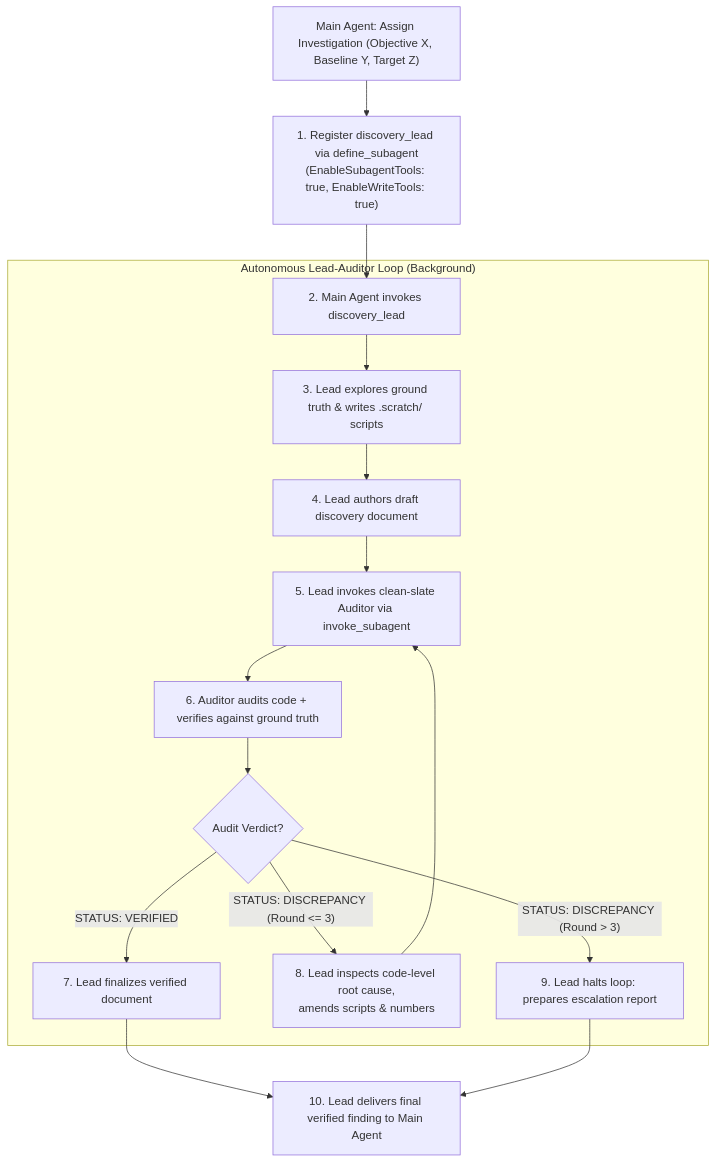
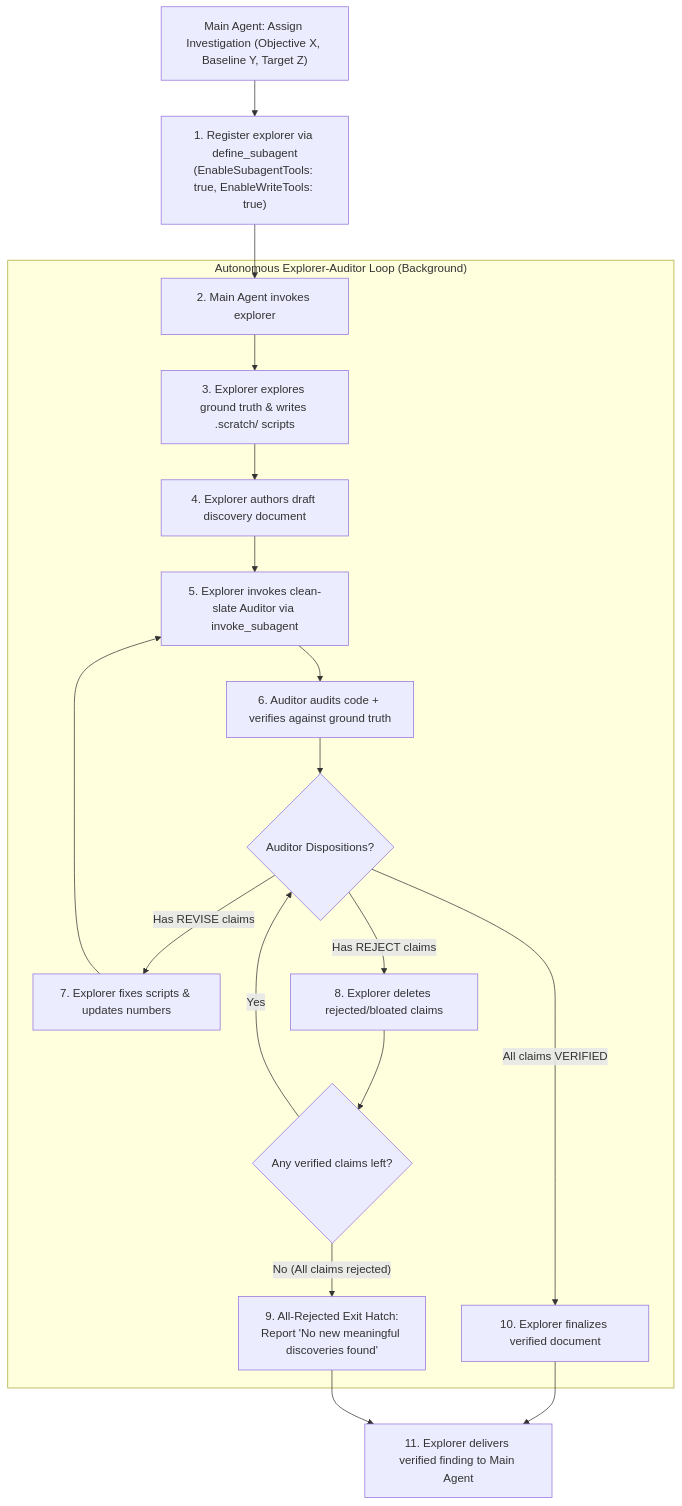
Before and after one commit to loerei/myskills: the diagram in engineering/empirical-discovery-loop/SKILL.md, drawn with Mermaid. The commit also changed other lines of this file, not shown here.

Commit message:
feat(empirical-discovery-loop): restore Explorer identity, drop round cap, and enforce 3-way auditor dispositions with anti-bloat pruning

````diff
--- a/engineering/empirical-discovery-loop/SKILL.md
+++ b/engineering/empirical-discovery-loop/SKILL.md
@@ -23,20 +26,23 @@
 ```mermaid
 flowchart TD
-    Start["Main Agent: Assign Investigation (Objective X, Baseline Y, Target Z)"] --> Register["1. Register discovery_lead via define_subagent<br/>(EnableSubagentTools: true, EnableWriteTools: true)"]
-    Register --> SpawnLead["2. Main Agent invokes discovery_lead"]
+    Start["Main Agent: Assign Investigation (Objective X, Baseline Y, Target Z)"] --> Register["1. Register explorer via define_subagent<br/>(EnableSubagentTools: true, EnableWriteTools: true)"]
+    Register --> SpawnExplorer["2. Main Agent invokes explorer"]
     
-    subgraph LEAD_LOOP["Autonomous Lead-Auditor Loop (Background)"]
-        SpawnLead --> Explore["3. Lead explores ground truth & writes .scratch/ scripts"]
-        Explore --> Draft["4. Lead authors draft discovery document"]
-        Draft --> SpawnAuditor["5. Lead invokes clean-slate Auditor via invoke_subagent"]
+    subgraph LOOP["Autonomous Explorer-Auditor Loop (Background)"]
+        SpawnExplorer --> Explore["3. Explorer explores ground truth & writes .scratch/ scripts"]
+        Explore --> Draft["4. Explorer authors draft discovery document"]
+        Draft --> SpawnAuditor["5. Explorer invokes clean-slate Auditor via invoke_subagent"]
         SpawnAuditor --> AuditExec["6. Auditor audits code + verifies against ground truth"]
-        AuditExec --> AuditVerdict{"Audit Verdict?"}
+        AuditExec --> AuditVerdict{"Auditor Dispositions?"}
         
-        AuditVerdict -->|"STATUS: VERIFIED"| FinalDoc["7. Lead finalizes verified document"]
-        AuditVerdict -->|"STATUS: DISCREPANCY (Round <= 3)"| Amend["8. Lead inspects code-level root cause,<br/>amends scripts & numbers"] --> SpawnAuditor
-        AuditVerdict -->|"STATUS: DISCREPANCY (Round > 3)"| Escalate["9. Lead halts loop: prepares escalation report"]
+        AuditVerdict -->|"Has REVISE claims"| Amend["7. Explorer fixes scripts & updates numbers"] --> SpawnAuditor
+        AuditVerdict -->|"Has REJECT claims"| Prune["8. Explorer deletes rejected/bloated claims"] --> CheckRemaining{"Any verified claims left?"}
+        
+        CheckRemaining -->|"Yes"| AuditVerdict
+        CheckRemaining -->|"No (All claims rejected)"| EmptyReport["9. All-Rejected Exit Hatch:<br/>Report 'No new meaningful discoveries found'"]
+        AuditVerdict -->|"All claims VERIFIED"| FinalDoc["10. Explorer finalizes verified document"]
     end
     
-    FinalDoc --> ReportMain["10. Lead delivers final verified finding to Main Agent"]
-    Escalate --> ReportMain
+    FinalDoc --> ReportMain["11. Explorer delivers verified finding to Main Agent"]
+    EmptyReport --> ReportMain
 ```
````
